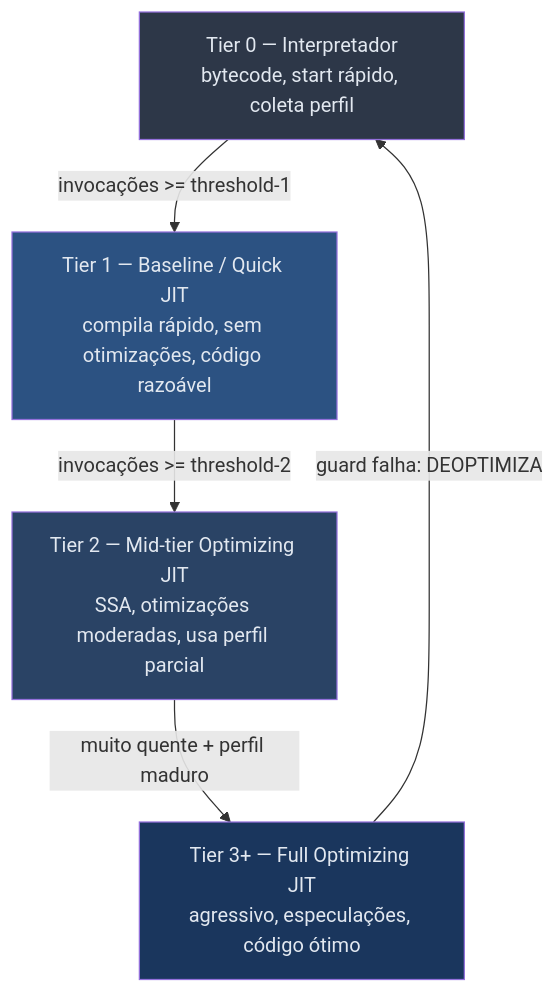
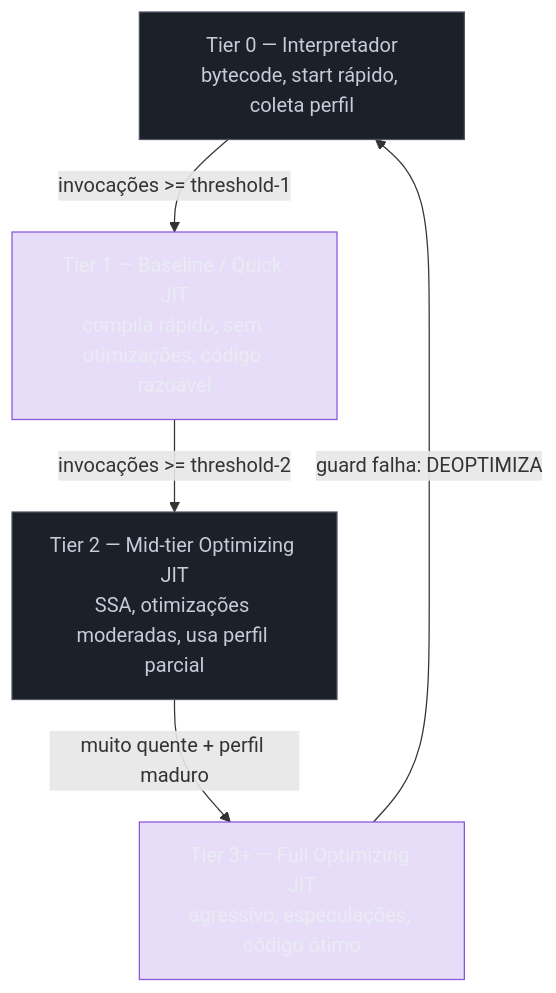
The first of 5 diagrams in 03-Dominios/Ciência/Compiladores e Linguagens/17 - JIT a fundo.md (josenaldo/codex-technomanticus), drawn with Mermaid before and after one commit. The commit also changed other lines of this file and 1181 other files, not shown here.

First line of the commit message:
fix(diagramas): paleta do sistema no lugar de cor cravada no markdown

````diff
--- a/03-Dominios/Ciência/Compiladores e Linguagens/17 - JIT a fundo.md
+++ b/03-Dominios/Ciência/Compiladores e Linguagens/17 - JIT a fundo.md
@@ -51,12 +51,14 @@
 ```mermaid
 flowchart TD
+    classDef neutro fill:#1B2029,stroke:#4E5666,color:#C6CCD8
+    classDef marca fill:#8855DF33,stroke:#8855DF,color:#E9ECF2
     A["Tier 0 — Interpretador\nbytecode, start rápido, coleta perfil"] -->|"invocações >= threshold-1"| B["Tier 1 — Baseline / Quick JIT\ncompila rápido, sem otimizações, código razoável"]
     B -->|"invocações >= threshold-2"| C["Tier 2 — Mid-tier Optimizing JIT\nSSA, otimizações moderadas, usa perfil parcial"]
     C -->|"muito quente + perfil maduro"| D["Tier 3+ — Full Optimizing JIT\nagressivo, especulações, código ótimo"]
     D -->|"guard falha: DEOPTIMIZA"| A
 
-    style A fill:#2d3748,color:#e2e8f0
-    style B fill:#2c5282,color:#e2e8f0
-    style C fill:#2a4365,color:#e2e8f0
-    style D fill:#1a365d,color:#e2e8f0
+    class A neutro
+    class B marca
+    class C neutro
+    class D marca
 ```
````
